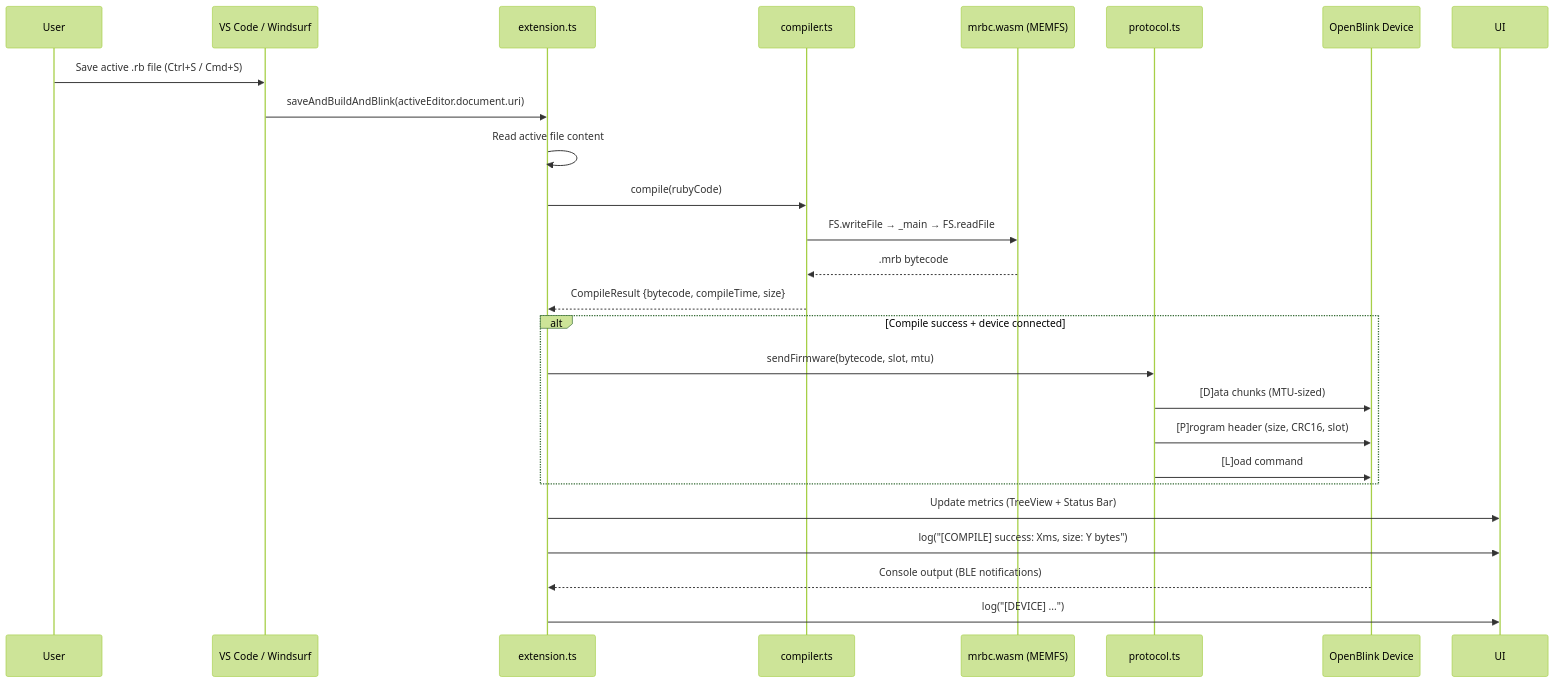
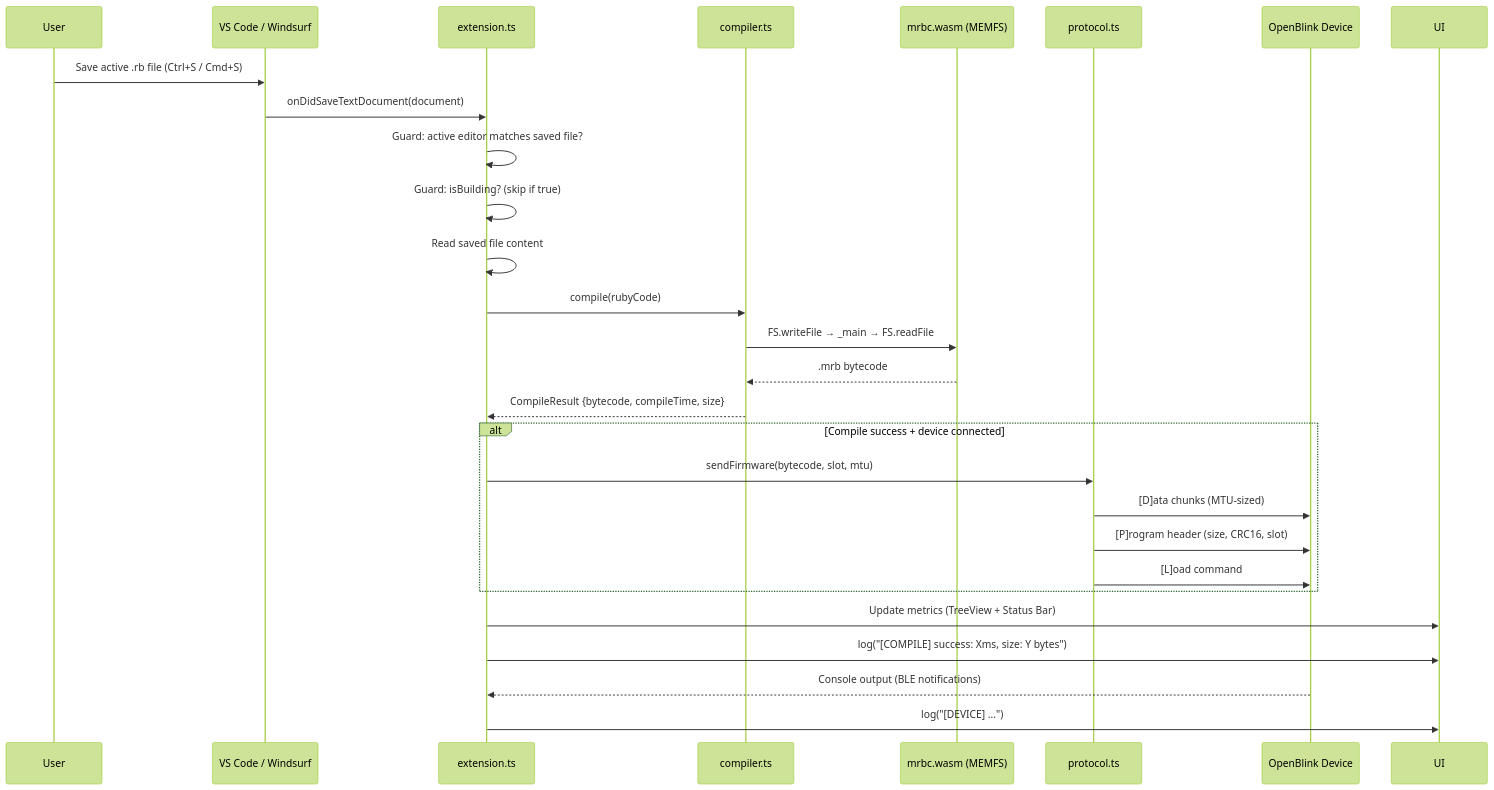
Before and after one commit to OpenBlink/openblink-vscode-extension: the second of 2 diagrams in doc/architecture.md, drawn with Mermaid (forest theme). The commit also changed other lines of this file and 11 other files, not shown here.

First line of the commit message:
refactor: Remove auto-build on save and add exclusive control to build process

````diff
--- a/doc/architecture.md
+++ b/doc/architecture.md
@@ -57,28 +60,30 @@
 ```mermaid
 sequenceDiagram
     participant User
     participant VSCode as VS Code / Windsurf
     participant Ext as extension.ts
     participant Comp as compiler.ts
     participant WASM as mrbc.wasm (MEMFS)
     participant Proto as protocol.ts
     participant Dev as OpenBlink Device
 
     User->>VSCode: Save active .rb file (Ctrl+S / Cmd+S)
-    VSCode->>Ext: saveAndBuildAndBlink(activeEditor.document.uri)
-    Ext->>Ext: Read active file content
+    VSCode->>Ext: onDidSaveTextDocument(document)
+    Ext->>Ext: Guard: active editor matches saved file?
+    Ext->>Ext: Guard: isBuilding? (skip if true)
+    Ext->>Ext: Read saved file content
     Ext->>Comp: compile(rubyCode)
     Comp->>WASM: FS.writeFile → _main → FS.readFile
     WASM-->>Comp: .mrb bytecode
     Comp-->>Ext: CompileResult {bytecode, compileTime, size}
     alt Compile success + device connected
         Ext->>Proto: sendFirmware(bytecode, slot, mtu)
         Proto->>Dev: [D]ata chunks (MTU-sized)
         Proto->>Dev: [P]rogram header (size, CRC16, slot)
         Proto->>Dev: [L]oad command
     end
     Ext->>UI: Update metrics (TreeView + Status Bar)
     Ext->>UI: log("[COMPILE] success: Xms, size: Y bytes")
     Dev-->>Ext: Console output (BLE notifications)
     Ext->>UI: log("[DEVICE] ...")
 ```
````
